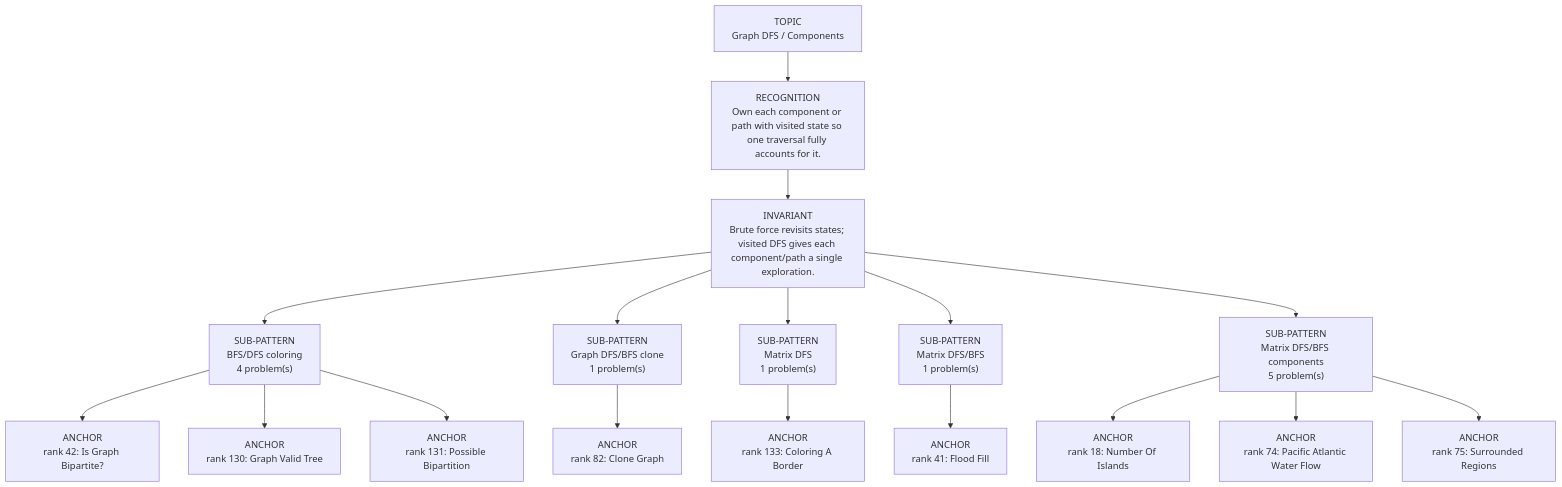
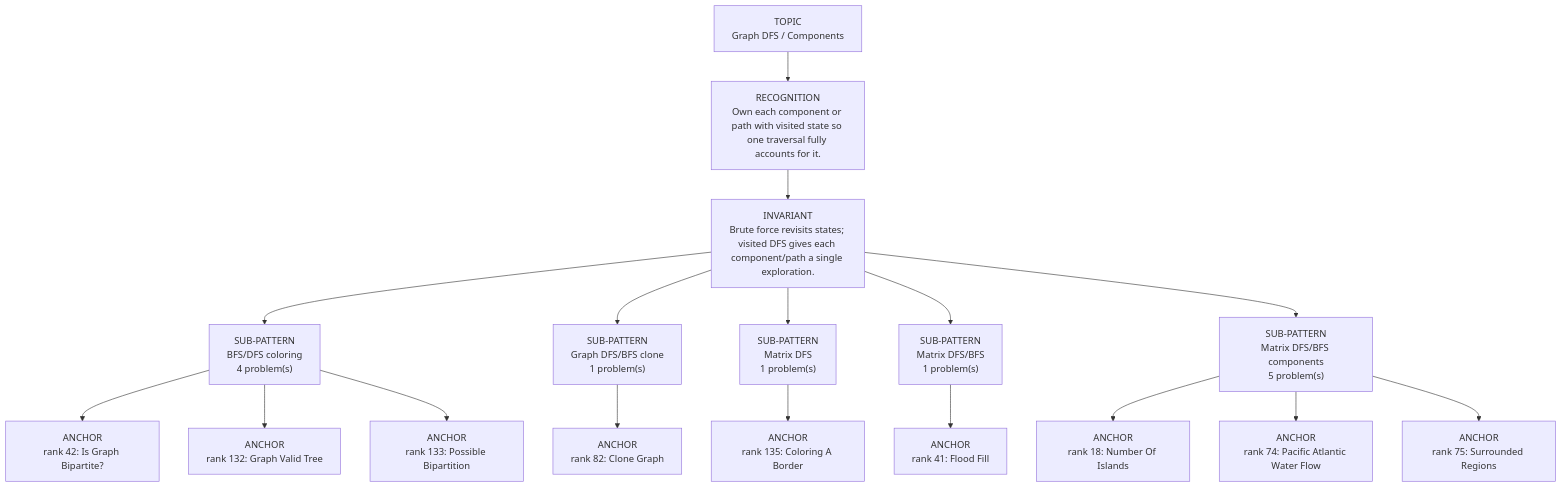
Before and after one commit to thechiranjeevjain/DSA10days: the diagram in dsa-review/interview/patterns/09_graph_dfs.md, drawn with Mermaid. The commit also changed other lines of this file and 30 other files, not shown here.

````diff
--- a/dsa-review/interview/patterns/09_graph_dfs.md
+++ b/dsa-review/interview/patterns/09_graph_dfs.md
@@ -15,21 +15,21 @@
 ```mermaid
 flowchart TD
   Topic["TOPIC<br/>Graph DFS / Components"]
   Recognition["RECOGNITION<br/>Own each component or path with visited state so one traversal fully accounts for it."]
   Invariant["INVARIANT<br/>Brute force revisits states; visited DFS gives each component/path a single exploration."]
   Topic --> Recognition --> Invariant
   Invariant --> Sub01["SUB-PATTERN<br/>BFS/DFS coloring<br/>4 problem(s)"]
   Sub01 --> Sub01A01["ANCHOR<br/>rank 42: Is Graph Bipartite?"]
-  Sub01 --> Sub01A02["ANCHOR<br/>rank 130: Graph Valid Tree"]
-  Sub01 --> Sub01A03["ANCHOR<br/>rank 131: Possible Bipartition"]
+  Sub01 --> Sub01A02["ANCHOR<br/>rank 132: Graph Valid Tree"]
+  Sub01 --> Sub01A03["ANCHOR<br/>rank 133: Possible Bipartition"]
   Invariant --> Sub02["SUB-PATTERN<br/>Graph DFS/BFS clone<br/>1 problem(s)"]
   Sub02 --> Sub02A01["ANCHOR<br/>rank 82: Clone Graph"]
   Invariant --> Sub03["SUB-PATTERN<br/>Matrix DFS<br/>1 problem(s)"]
-  Sub03 --> Sub03A01["ANCHOR<br/>rank 133: Coloring A Border"]
+  Sub03 --> Sub03A01["ANCHOR<br/>rank 135: Coloring A Border"]
   Invariant --> Sub04["SUB-PATTERN<br/>Matrix DFS/BFS<br/>1 problem(s)"]
   Sub04 --> Sub04A01["ANCHOR<br/>rank 41: Flood Fill"]
   Invariant --> Sub05["SUB-PATTERN<br/>Matrix DFS/BFS components<br/>5 problem(s)"]
   Sub05 --> Sub05A01["ANCHOR<br/>rank 18: Number Of Islands"]
   Sub05 --> Sub05A02["ANCHOR<br/>rank 74: Pacific Atlantic Water Flow"]
   Sub05 --> Sub05A03["ANCHOR<br/>rank 75: Surrounded Regions"]
 ```
````
